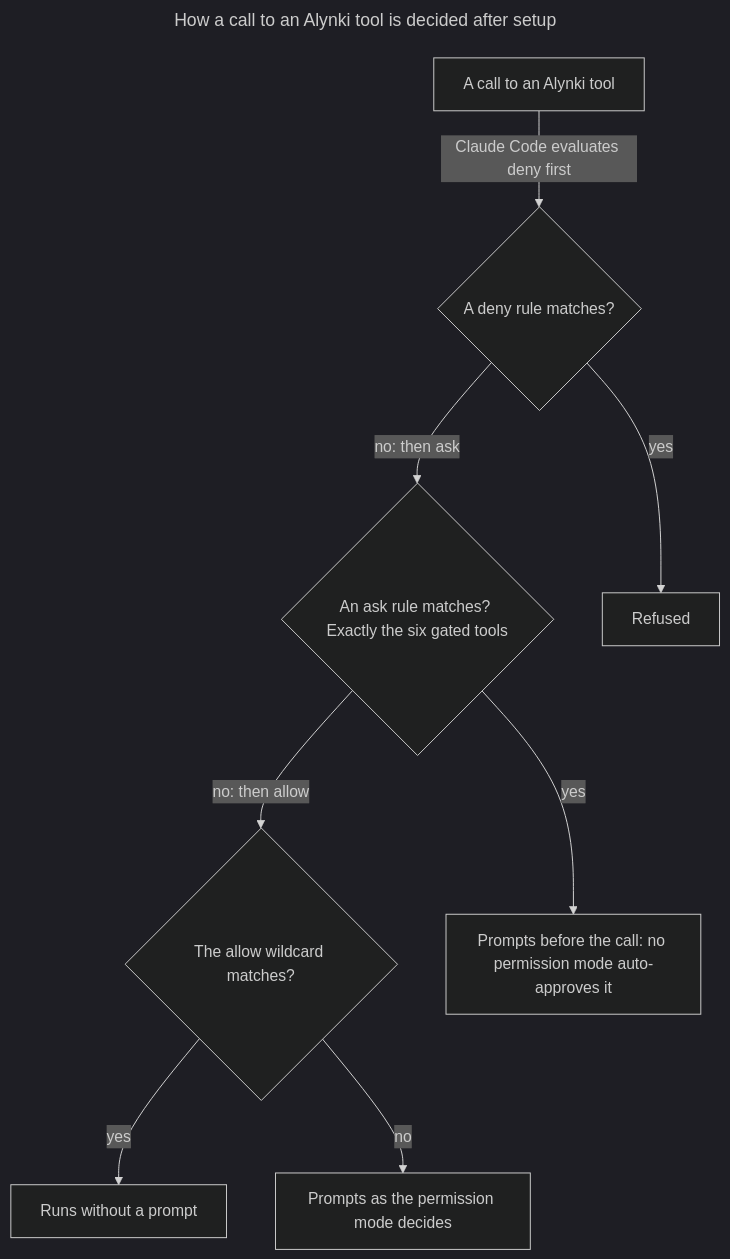
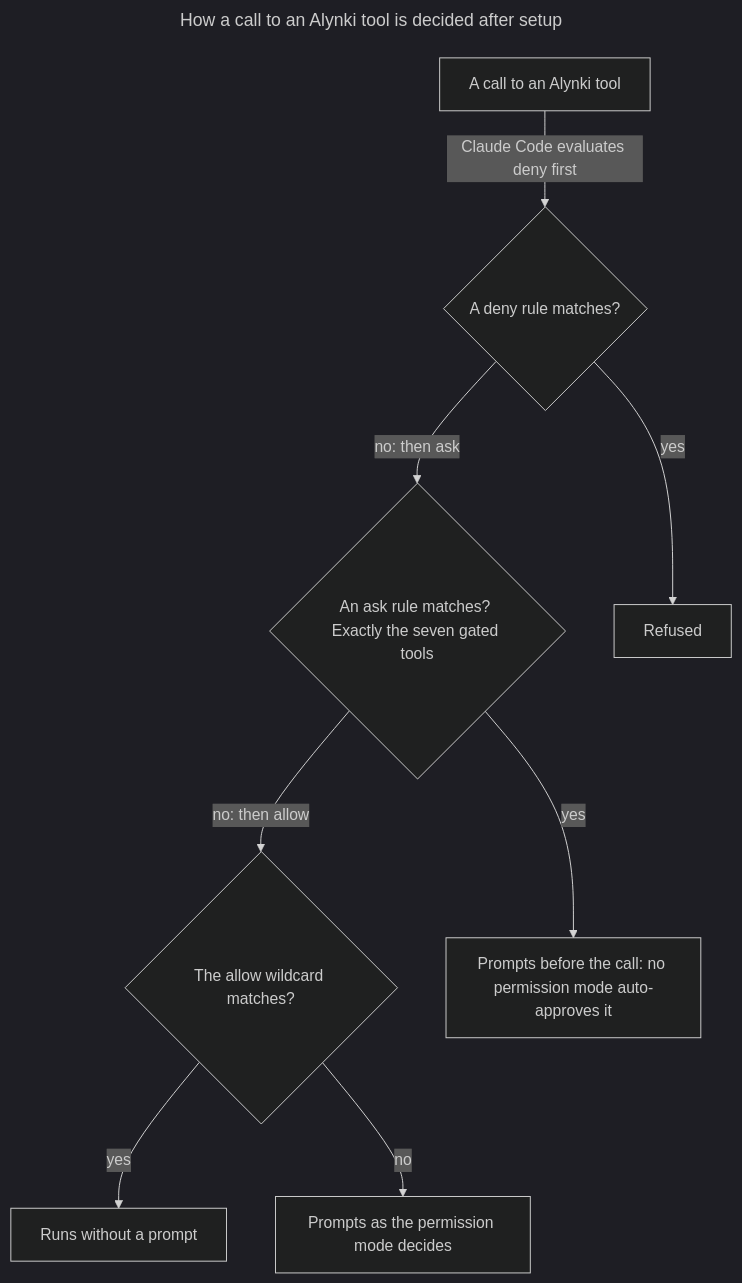
One commit to alynki/plugin changed the fourth of 4 diagrams in README.md. Above: the diagram before and after it, drawn with Mermaid (dark theme). The commit also changed other lines of this file and 7 other files, not shown here.

````diff
--- a/README.md
+++ b/README.md
@@ -280,22 +284,22 @@
 ```mermaid
 ---
 title: How a call to an Alynki tool is decided after setup
 ---
 graph TB
   req["A call to an Alynki tool"]
   deny{"A deny rule matches?"}
-  ask{"An ask rule matches? Exactly the six gated tools"}
+  ask{"An ask rule matches? Exactly the seven gated tools"}
   allow{"The allow wildcard matches?"}
   refused["Refused"]
   prompt["Prompts before the call: no permission mode auto-approves it"]
   run["Runs without a prompt"]
   mode["Prompts as the permission mode decides"]
 
   req -->|"Claude Code evaluates deny first"| deny
   deny -->|"yes"| refused
   deny -->|"no: then ask"| ask
   ask -->|"yes"| prompt
   ask -->|"no: then allow"| allow
   allow -->|"yes"| run
   allow -->|"no"| mode
 ```
````
